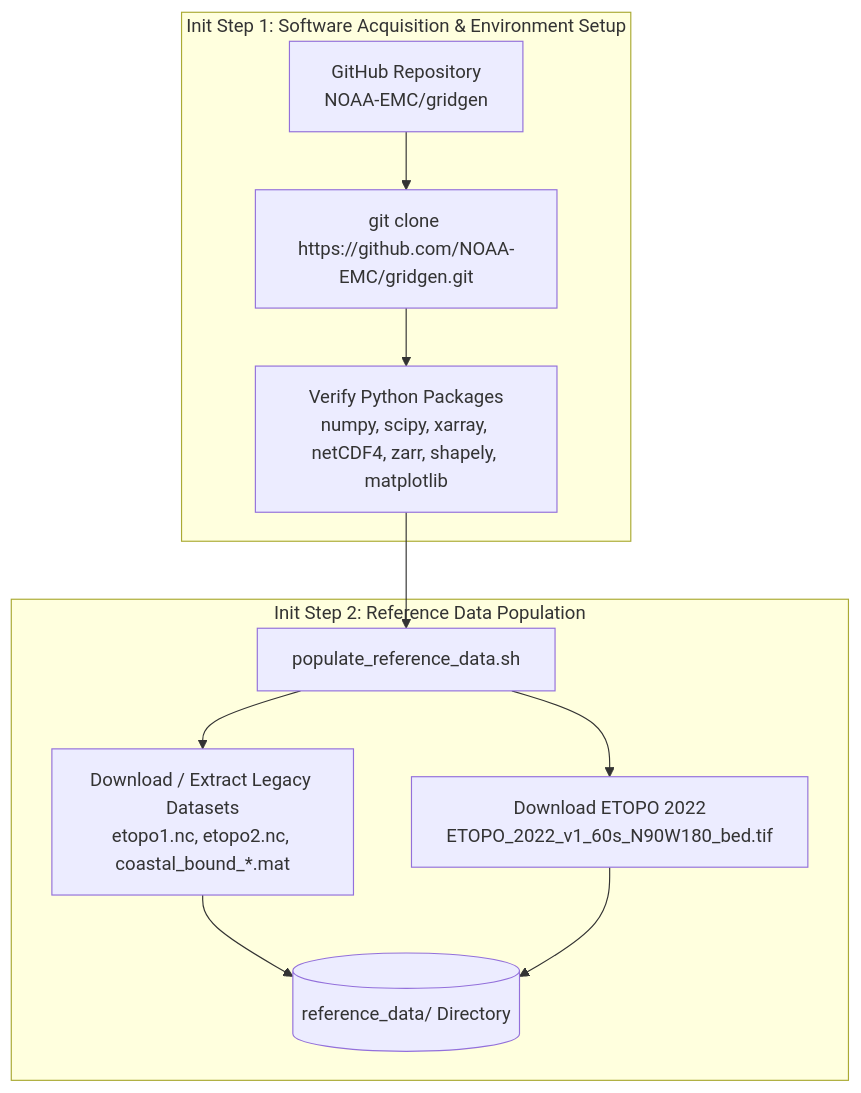
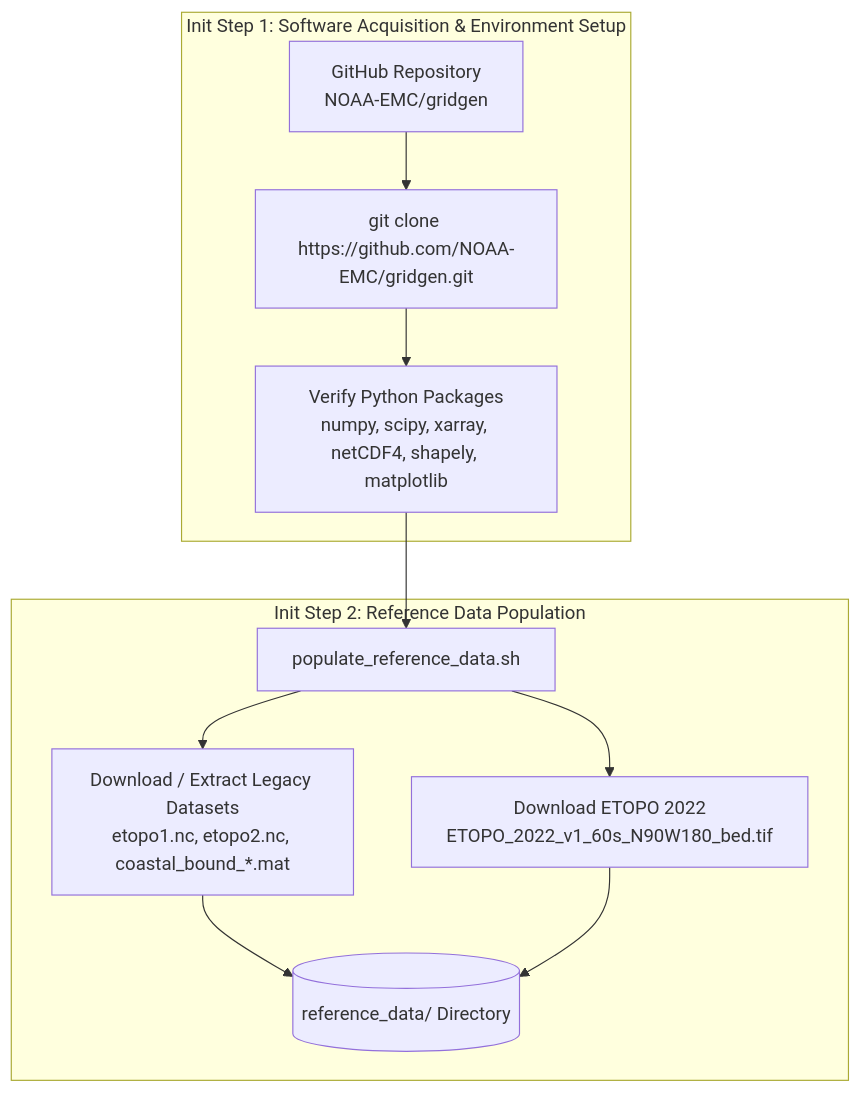
Before and after one commit to HendrikTolman-NOAA/gridgen: the first of 2 diagrams in ARCHITECTURE.md, drawn with Mermaid. The commit also changed other lines of this file and 27 other files, not shown here.

````diff
--- a/ARCHITECTURE.md
+++ b/ARCHITECTURE.md
@@ -11,17 +24,17 @@
 ```mermaid
 flowchart TD
     subgraph Init Step 1: Software Acquisition & Environment Setup
         A0[GitHub Repository<br/>NOAA-EMC/gridgen] --> A1[git clone https://github.com/NOAA-EMC/gridgen.git]
-        A1 --> A2[Verify Python Packages<br/>numpy, scipy, xarray, netCDF4, zarr, shapely, matplotlib]
+        A1 --> A2[Verify Python Packages<br/>numpy, scipy, xarray, netCDF4, shapely, matplotlib]
     end
 
     subgraph Init Step 2: Reference Data Population
         B[populate_reference_data.sh]
         B --> C1[Download / Extract Legacy Datasets<br/>etopo1.nc, etopo2.nc, coastal_bound_*.mat]
         B --> C2[Download ETOPO 2022<br/>ETOPO_2022_v1_60s_N90W180_bed.tif]
         C1 --> D[(reference_data/ Directory)]
         C2 --> D
     end
 
     A2 --> B
 ```
````
